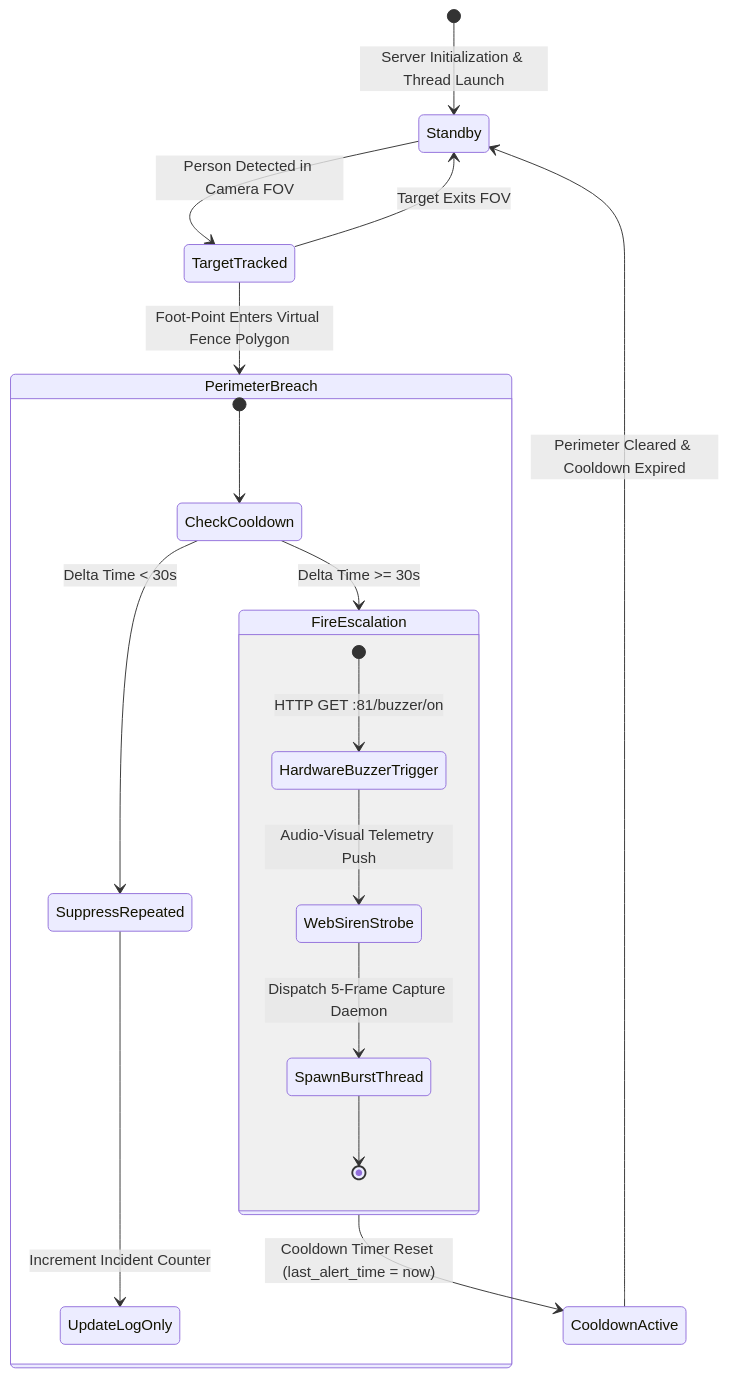
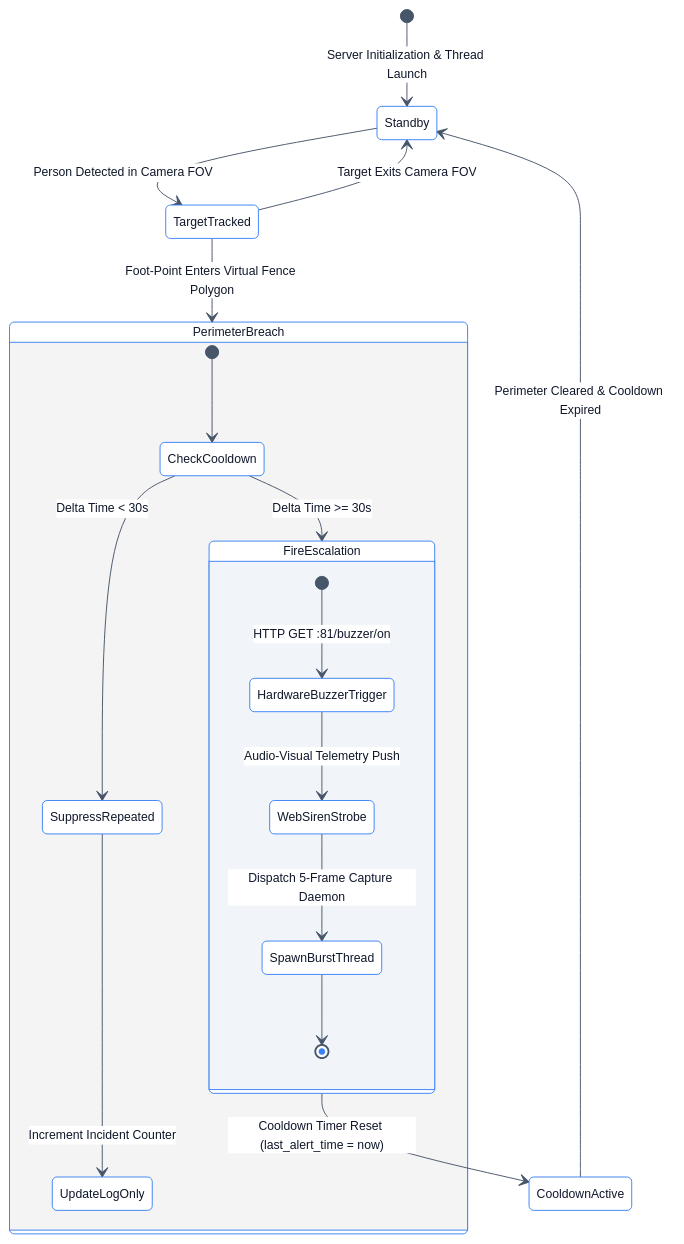
The fifth of 7 diagrams in README.md (Cheesenoice/IoT-EdgeAI-Intrusion-Detection), drawn with Mermaid before and after one commit. The commit also changed other lines of this file and 15 other files, not shown here.

Commit message:
style: unify clean light theme across dashboard and documentation with high-res diagrams

````diff
--- a/README.md
+++ b/README.md
@@ -347,27 +407,44 @@
 ```mermaid
+%%{init: {
+  'theme': 'base',
+  'themeVariables': {
+    'fontFamily': 'Segoe UI, Inter, -apple-system, sans-serif',
+    'fontSize': '13px',
+    'primaryColor': '#ffffff',
+    'primaryTextColor': '#0f172a',
+    'primaryBorderColor': '#3b82f6',
+    'lineColor': '#475569',
+    'stateLabelColor': '#0f172a',
+    'stateBkg': '#ffffff',
+    'stateBorder': '#3b82f6',
+    'compositeStateBkg': '#f8fafc',
+    'compositeStateBorder': '#94a3b8',
+    'altBackground': '#f1f5f9'
+  }
+}}%%
 stateDiagram-v2
     [*] --> Standby: Server Initialization & Thread Launch
     
     Standby --> TargetTracked: Person Detected in Camera FOV
-    TargetTracked --> Standby: Target Exits FOV
+    TargetTracked --> Standby: Target Exits Camera FOV
     
     TargetTracked --> PerimeterBreach: Foot-Point Enters Virtual Fence Polygon
     
     state PerimeterBreach {
         [*] --> CheckCooldown
         CheckCooldown --> SuppressRepeated: Delta Time < 30s
         CheckCooldown --> FireEscalation: Delta Time >= 30s
         
         state FireEscalation {
             [*] --> HardwareBuzzerTrigger: HTTP GET :81/buzzer/on
             HardwareBuzzerTrigger --> WebSirenStrobe: Audio-Visual Telemetry Push
             WebSirenStrobe --> SpawnBurstThread: Dispatch 5-Frame Capture Daemon
             SpawnBurstThread --> [*]
         }
         
         SuppressRepeated --> UpdateLogOnly: Increment Incident Counter
     }
     
     FireEscalation --> CooldownActive: Cooldown Timer Reset (last_alert_time = now)
     CooldownActive --> Standby: Perimeter Cleared & Cooldown Expired
 ```
````
